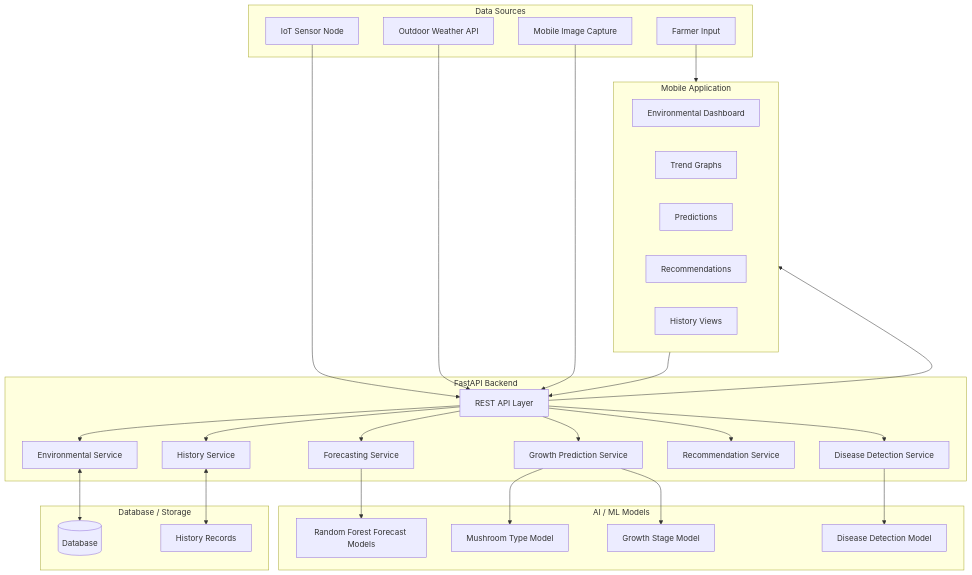
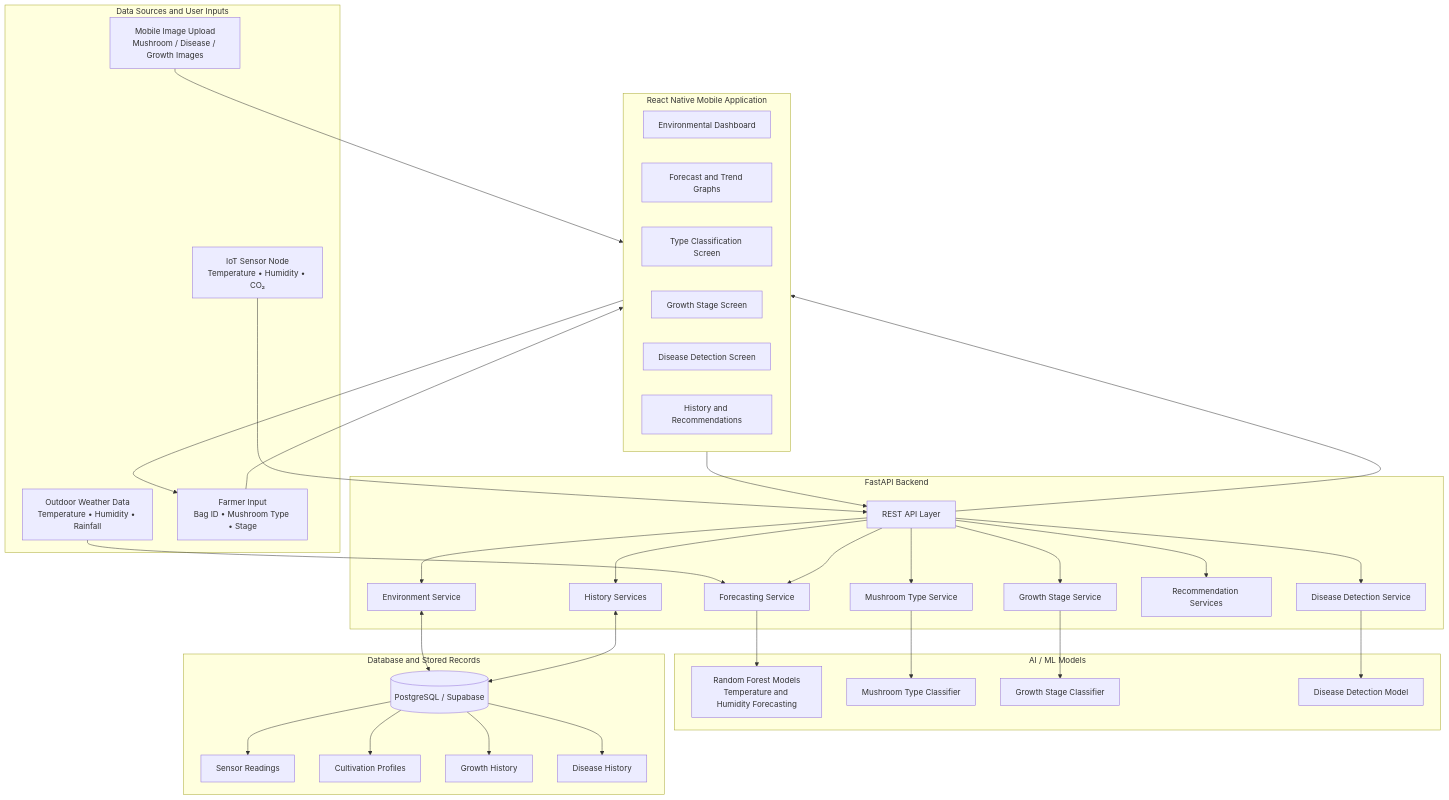
One commit to abheethasma/Research-Project-Of-Mushroom changed the diagram in README.md. Above: the diagram before and after it, drawn with Mermaid. The commit also changed other lines of this file and 6 other files, not shown here.

````diff
--- a/README.md
+++ b/README.md
@@ -72,61 +96,74 @@
 ```mermaid
 flowchart TB
-    subgraph Input["Data Sources"]
-        IoT[IoT Sensor Node]
-        Weather[Outdoor Weather API]
-        Image[Mobile Image Capture]
-        User[Farmer Input]
+    subgraph Input["Data Sources and User Inputs"]
+        Sensor["IoT Sensor Node<br/>Temperature • Humidity • CO₂"]
+        Weather["Outdoor Weather Data<br/>Temperature • Humidity • Rainfall"]
+        Images["Mobile Image Upload<br/>Mushroom / Disease / Growth Images"]
+        Farmer["Farmer Input<br/>Bag ID • Mushroom Type • Stage"]
+    end
+
+    subgraph Mobile["React Native Mobile Application"]
+        Dashboard["Environmental Dashboard"]
+        ForecastUI["Forecast and Trend Graphs"]
+        TypeUI["Type Classification Screen"]
+        GrowthUI["Growth Stage Screen"]
+        DiseaseUI["Disease Detection Screen"]
+        HistoryUI["History and Recommendations"]
     end
 
     subgraph Backend["FastAPI Backend"]
-        API[REST API Layer]
-        Env[Environmental Service]
-        Forecast[Forecasting Service]
-        Growth[Growth Prediction Service]
-        Disease[Disease Detection Service]
-        Rec[Recommendation Service]
-        History[History Service]
+        API["REST API Layer"]
+        EnvService["Environment Service"]
+        ForecastService["Forecasting Service"]
+        TypeService["Mushroom Type Service"]
+        GrowthService["Growth Stage Service"]
+        DiseaseService["Disease Detection Service"]
+        RecService["Recommendation Services"]
+        HistoryService["History Services"]
     end
 
     subgraph Models["AI / ML Models"]
-        RF[Random Forest Forecast Models]
-        TypeModel[Mushroom Type Model]
-        StageModel[Growth Stage Model]
-        DiseaseModel[Disease Detection Model]
+        RF["Random Forest Models<br/>Temperature and Humidity Forecasting"]
+        TypeModel["Mushroom Type Classifier"]
+        GrowthModel["Growth Stage Classifier"]
+        DiseaseModel["Disease Detection Model"]
     end
 
-    subgraph Storage["Database / Storage"]
-        DB[(Database)]
-        Records[History Records]
+    subgraph Storage["Database and Stored Records"]
+        DB[("PostgreSQL / Supabase")]
+        EnvData["Sensor Readings"]
+        ProfileData["Cultivation Profiles"]
+        GrowthHistory["Growth History"]
+        DiseaseHistory["Disease History"]
     end
 
-    subgraph Mobile["Mobile Application"]
-        Dashboard[Environmental Dashboard]
-        Graphs[Trend Graphs]
-        Predictions[Predictions]
-        Recommendations[Recommendations]
-        HistoryUI[History Views]
-    end
-
-    IoT --> API
-    Weather --> API
-    Image --> API
-    User --> Mobile
+    Sensor --> API
+    Weather --> ForecastService
+    Farmer --> Mobile
+    Images --> Mobile
 
     Mobile --> API
-    API --> Env
-    API --> Forecast
-    API --> Growth
-    API --> Disease
-    API --> Rec
-    API --> History
 
-    Forecast --> RF
-    Growth --> TypeModel
-    Growth --> StageModel
-    Disease --> DiseaseModel
+    API --> EnvService
+    API --> ForecastService
+    API --> TypeService
+    API --> GrowthService
+    API --> DiseaseService
+    API --> RecService
+    API --> HistoryService
 
-    Env <--> DB
-    History <--> Records
+    ForecastService --> RF
+    TypeService --> TypeModel
+    GrowthService --> GrowthModel
+    DiseaseService --> DiseaseModel
+
+    EnvService <--> DB
+    HistoryService <--> DB
+    DB --> EnvData
+    DB --> ProfileData
+    DB --> GrowthHistory
+    DB --> DiseaseHistory
+
     API --> Mobile
+    Mobile --> Farmer
 ```
````
